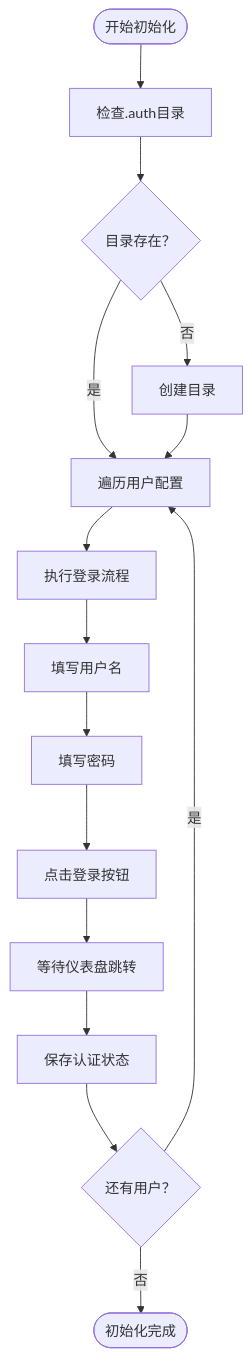
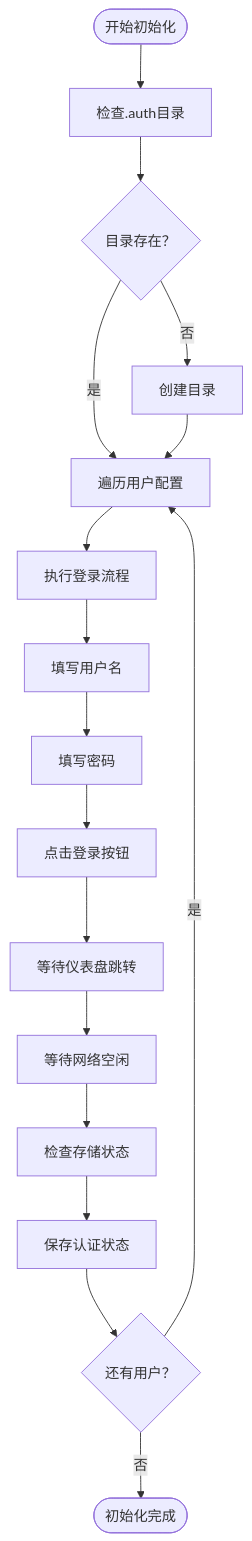
Before and after one commit to zzgoviziwind/--playwright: the third of 7 diagrams in .qoder/repowiki/zh/content/认证和Fixture系统/Fixture认证系统.md, drawn with Mermaid. The commit also changed other lines of this file and 112 other files, not shown here.

````diff
--- a/.qoder/repowiki/zh/content/认证和Fixture系统/Fixture认证系统.md
+++ b/.qoder/repowiki/zh/content/认证和Fixture系统/Fixture认证系统.md
@@ -141,17 +153,19 @@
 ```mermaid
 flowchart TD
 Start([开始初始化]) --> CheckDir["检查.auth目录"]
 CheckDir --> DirExists{"目录存在？"}
 DirExists --> |否| CreateDir["创建目录"]
 DirExists --> |是| IterateUsers["遍历用户配置"]
 CreateDir --> IterateUsers
 IterateUsers --> LoginProcess["执行登录流程"]
 LoginProcess --> FillUsername["填写用户名"]
 FillUsername --> FillPassword["填写密码"]
 FillPassword --> ClickLogin["点击登录按钮"]
 ClickLogin --> WaitDashboard["等待仪表盘跳转"]
-WaitDashboard --> SaveState["保存认证状态"]
+WaitDashboard --> WaitNetwork["等待网络空闲"]
+WaitNetwork --> CheckStorage["检查存储状态"]
+CheckStorage --> SaveState["保存认证状态"]
 SaveState --> NextUser{"还有用户？"}
 NextUser --> |是| IterateUsers
 NextUser --> |否| Complete([初始化完成])
 ```
````
